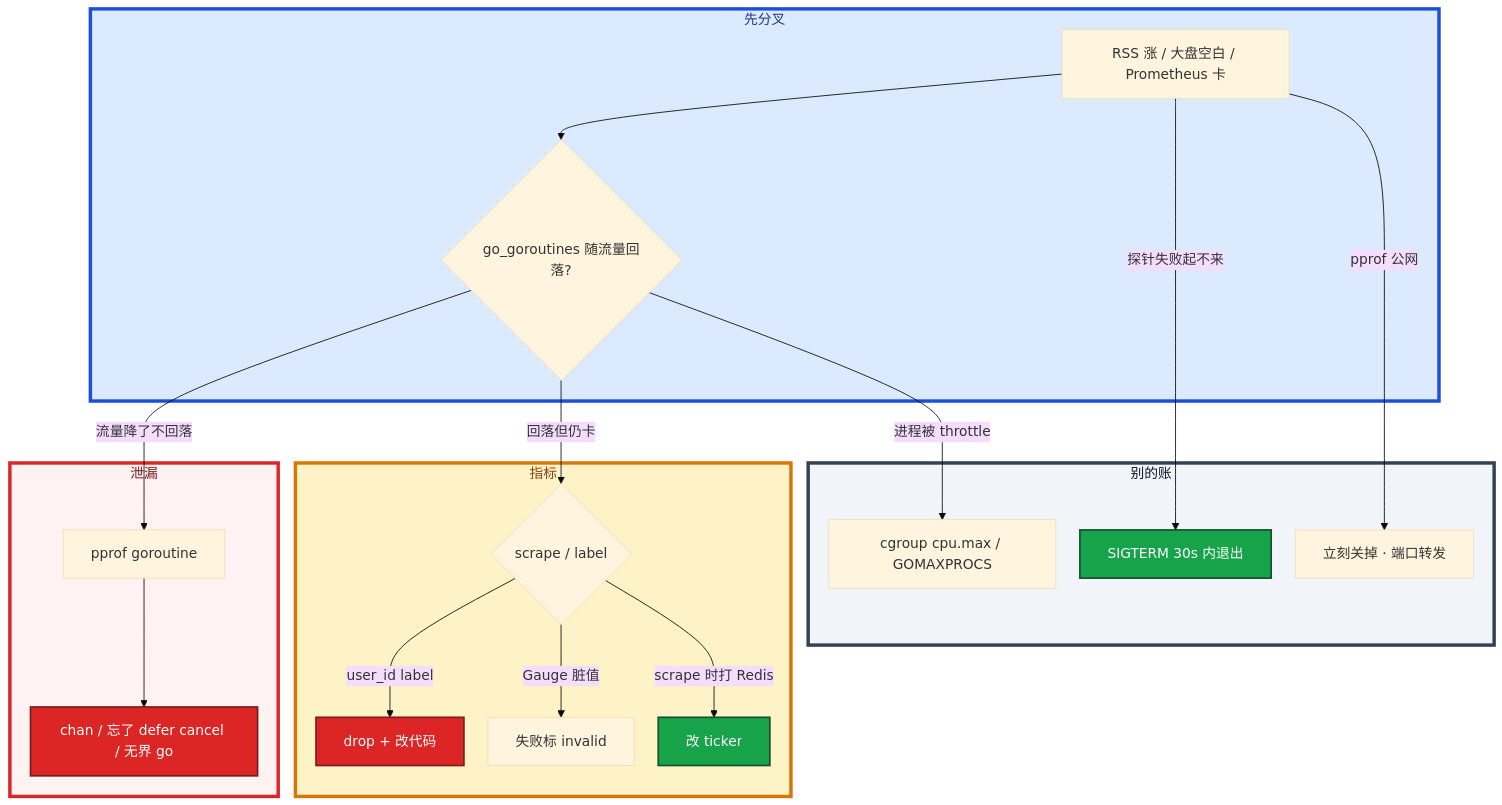
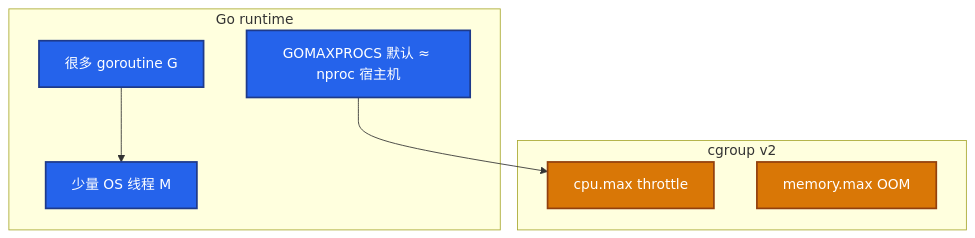
One commit to ml-cuizijun/LearnToLilith changed the fifth of 6 diagrams in 06-开发能力/03-Go运维工具/知识点.md. Above: the diagram before and after it, drawn with Mermaid. The commit also changed other lines of this file and 213 other files, not shown here.

````diff
--- a/06-开发能力/03-Go运维工具/知识点.md
+++ b/06-开发能力/03-Go运维工具/知识点.md
@@ -372,35 +378,19 @@
 ```mermaid
-%%{init: {"flowchart": {"padding": 16, "nodeSpacing": 28, "rankSpacing": 48}, "theme": "base"}}%%
 flowchart TB
-    subgraph gate ["先分叉"]
-        A[RSS 涨 / 大盘空白 / Prometheus 卡] --> B{go_goroutines 随流量回落?}
+    subgraph runtime ["Go runtime"]
+        gp[GOMAXPROCS 默认 ≈ nproc 宿主机]
+        g[很多 goroutine G]
+        m[少量 OS 线程 M]
+        g --> m
     end
+    subgraph cgroup ["cgroup v2"]
+        cpu[cpu.max throttle]
+        mem[memory.max OOM]
+    end
+    gp --> cpu
 
-    subgraph leak ["泄漏"]
-        B -->|流量降了不回落| C[pprof goroutine]
-        C --> D[chan / 忘了 defer cancel / 无界 go]
-    end
-
-    subgraph metrics ["指标"]
-        B -->|回落但仍卡| E{scrape / label}
-        E -->|user_id label| F[drop + 改代码]
-        E -->|Gauge 脏值| G[失败标 invalid]
-        E -->|scrape 时打 Redis| H[改 ticker]
-    end
-
-    subgraph other ["别的账"]
-        B -->|进程被 throttle| I[cgroup cpu.max / GOMAXPROCS]
-        A -->|探针失败起不来| J[SIGTERM 30s 内退出]
-        A -->|pprof 公网| K[立刻关掉 · 端口转发]
-    end
-
-    classDef bad fill:#DC2626,stroke:#7F1D1D,stroke-width:2px,color:#fff
-    classDef ok fill:#16A34A,stroke:#14532D,stroke-width:2px,color:#fff
-    class D,F bad
-    class H,J ok
-
-    style gate fill:#DBEAFE,stroke:#1D4ED8,stroke-width:4px,color:#1E3A8A
-    style leak fill:#FEF2F2,stroke:#DC2626,stroke-width:4px,color:#7F1D1D
-    style metrics fill:#FEF3C7,stroke:#D97706,stroke-width:4px,color:#92400E
-    style other fill:#F1F5F9,stroke:#334155,stroke-width:4px,color:#0F172A
+    classDef go fill:#2563EB,stroke:#1E3A8A,stroke-width:2px,color:#fff
+    classDef cg fill:#D97706,stroke:#92400E,stroke-width:2px,color:#fff
+    class g,gp,m go
+    class cpu,mem cg
 ```
````
